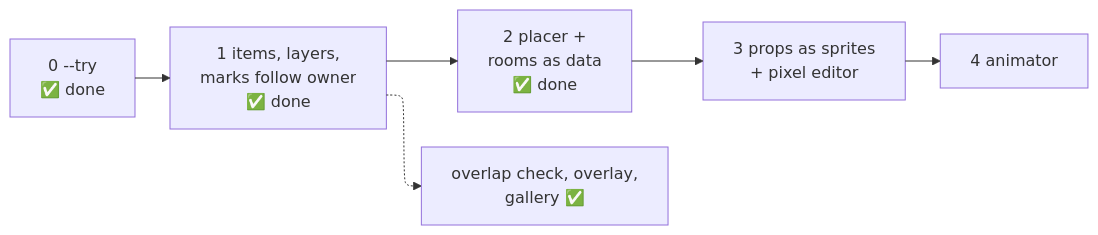
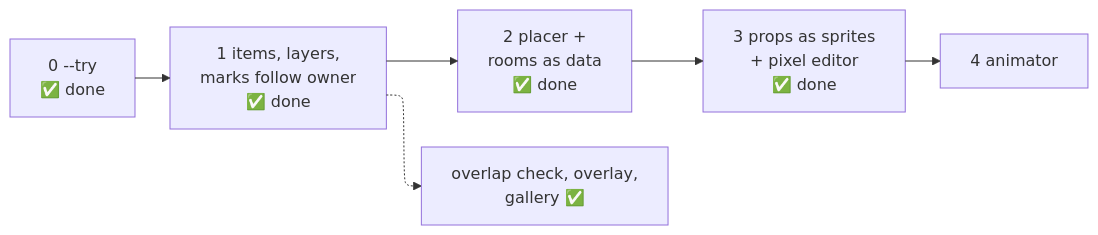
The second of 2 diagrams in Clawd Room Note/Notes/Engine Design.md (zelvet-velvet/clawd-room), drawn with Mermaid before and after one commit. The commit also changed other lines of this file and 9 other files, not shown here.

First line of the commit message:
feat(editor): the pixel editor, clawd-room --edit NAME: mouse painting with palette, new colours, pick, undo, resize, other sprites and files; saves after each stroke so running rooms show it (step 3c)

````diff
--- a/Clawd Room Note/Notes/Engine Design.md
+++ b/Clawd Room Note/Notes/Engine Design.md
@@ -105,6 +114,6 @@
 ```mermaid
 %%{init: {"flowchart": {"defaultRenderer": "elk"}}}%%
 flowchart LR
-    S0["0 --try<br/>✅ done"] --> S1["1 items, layers,<br/>marks follow owner<br/>✅ done"] --> S2["2 placer +<br/>rooms as data<br/>✅ done"] --> S3["3 props as sprites<br/>+ pixel editor"] --> S4["4 animator"]
+    S0["0 --try<br/>✅ done"] --> S1["1 items, layers,<br/>marks follow owner<br/>✅ done"] --> S2["2 placer +<br/>rooms as data<br/>✅ done"] --> S3["3 props as sprites<br/>+ pixel editor<br/>✅ done"] --> S4["4 animator"]
     S1 -.-> T["overlap check, overlay,<br/>gallery ✅"]
 ```
````
